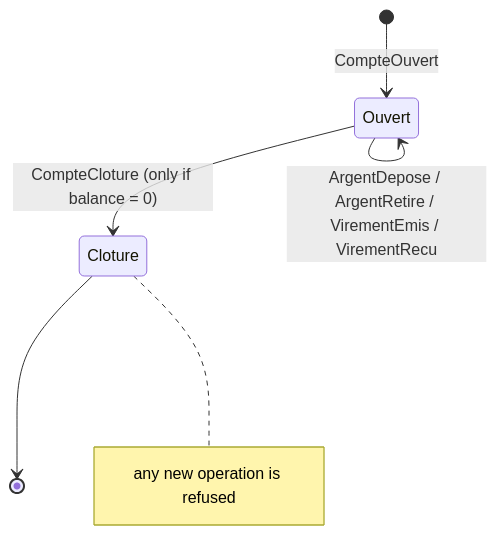
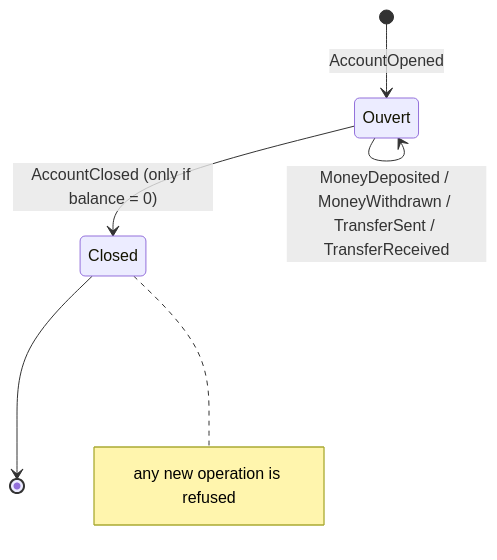
One commit to drangoht/ArchitecturesDemo changed the third of 4 diagrams in Docs/en/10-event-sourcing.md. Above: the diagram before and after it, drawn with Mermaid. The commit also changed other lines of this file and 78 other files, not shown here.

First line of the commit message:
Docs EN : identifiants, liens, diagrammes et sorties alignés sur le code anglais

````diff
--- a/Docs/en/10-event-sourcing.md
+++ b/Docs/en/10-event-sourcing.md
@@ -134,8 +134,8 @@
 ```mermaid
 stateDiagram-v2
-    [*] --> Ouvert : CompteOuvert
-    Ouvert --> Ouvert : ArgentDepose / ArgentRetire / VirementEmis / VirementRecu
-    Ouvert --> Cloture : CompteCloture (only if balance = 0)
-    Cloture --> [*]
-    note right of Cloture : any new operation is refused
+    [*] --> Ouvert : AccountOpened
+    Ouvert --> Ouvert : MoneyDeposited / MoneyWithdrawn / TransferSent / TransferReceived
+    Ouvert --> Closed : AccountClosed (only if balance = 0)
+    Closed --> [*]
+    note right of Closed : any new operation is refused
 ```
````
